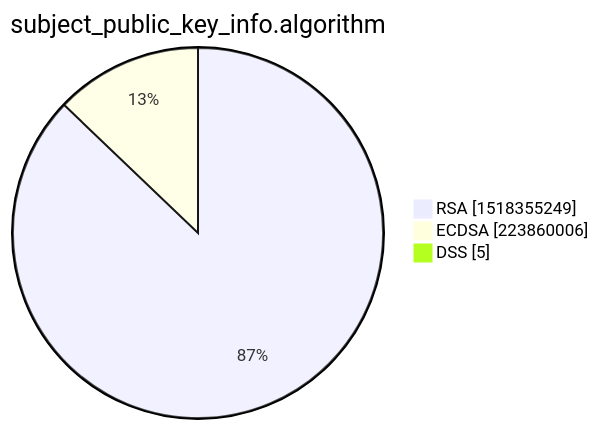
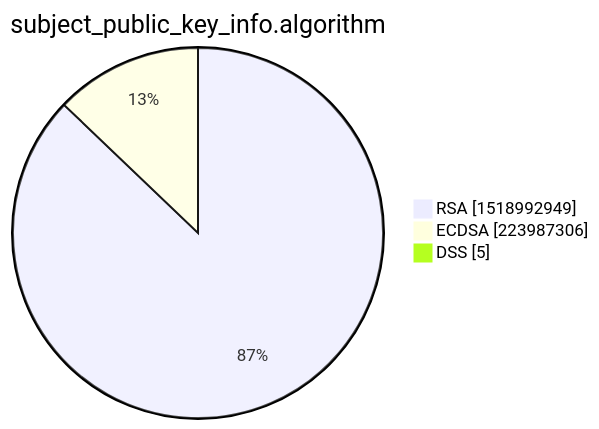
One commit to christiankrug/ctmonitor_visualization changed the third of 15 diagrams in xenon2022/README.md. Above: the diagram before and after it, drawn with Mermaid. The commit also changed other lines of this file, not shown here.

````diff
--- a/xenon2022/README.md
+++ b/xenon2022/README.md
@@ -14,7 +14,7 @@
 ```mermaid
 pie showData
 title subject_public_key_info.algorithm
-"RSA" :1518355249
-"ECDSA" :223860006
+"RSA" :1518992949
+"ECDSA" :223987306
 "DSS" :5
 ```
````
